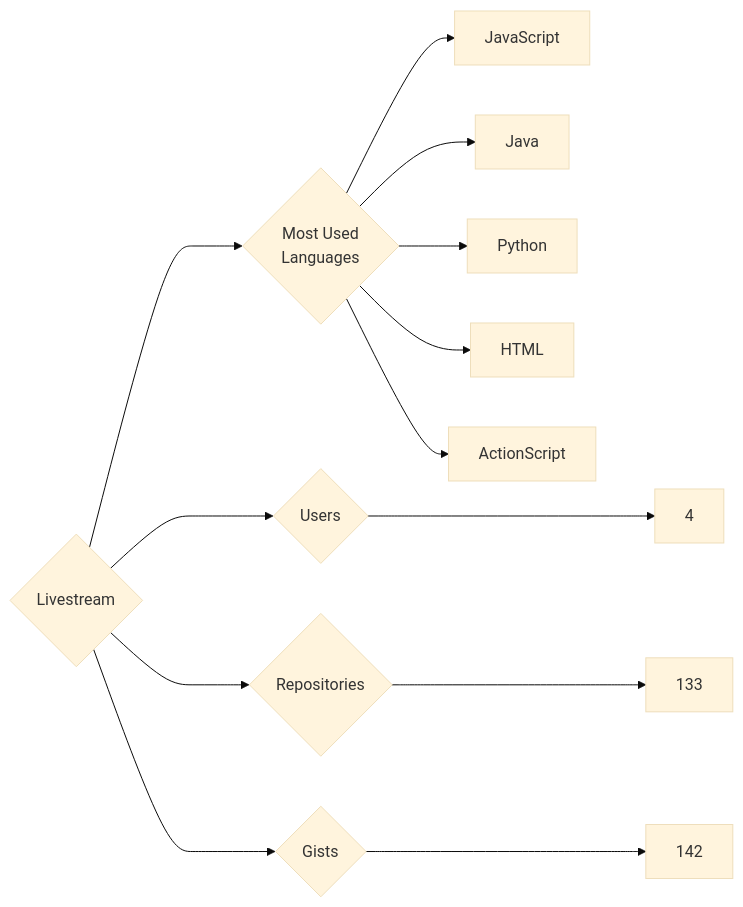
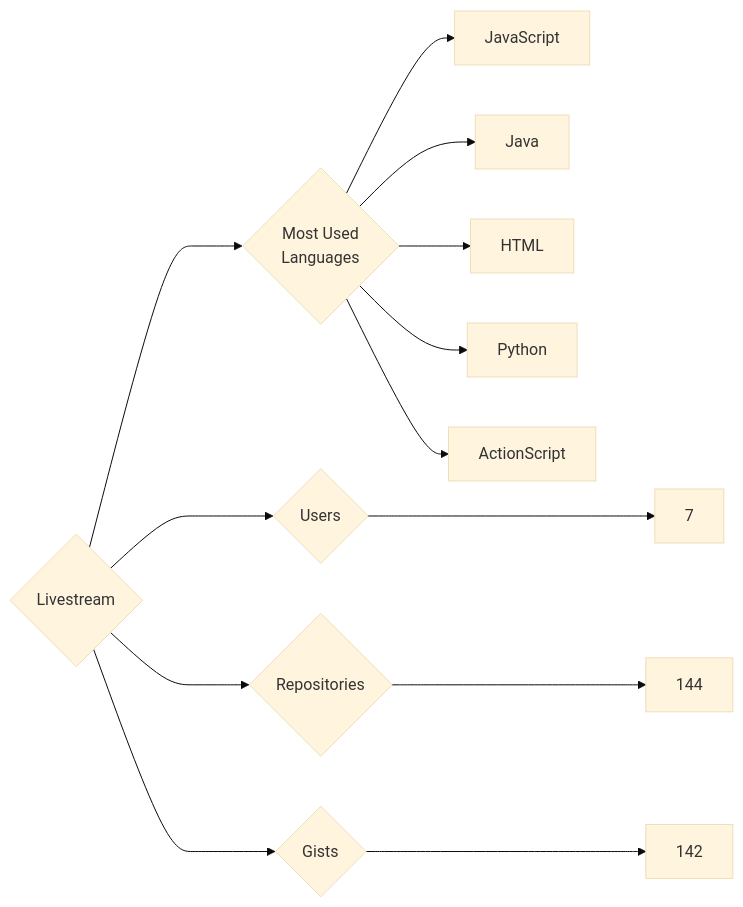
Before and after one commit to trickest/insiders: the diagram in targets/Livestream/README.md, drawn with Mermaid (base theme). The commit also changed 723 other files, not shown here.

````diff
--- a/targets/Livestream/README.md
+++ b/targets/Livestream/README.md
@@ -3,13 +3,13 @@
 ```mermaid
 graph LR
 COMPANY_NAME{Livestream}
-COMPANY_NAME ---> U{Users} ---> UN[4]
-COMPANY_NAME ---> R{Repositories} ---> RN[133]
+COMPANY_NAME ---> U{Users} ---> UN[7]
+COMPANY_NAME ---> R{Repositories} ---> RN[144]
 COMPANY_NAME ---> G{Gists} ---> GN[142]
 COMPANY_NAME ---> ML{Most Used<br>Languages}
 ML --> JavaScript[JavaScript]
 ML --> Java[Java]
+ML --> HTML[HTML]
 ML --> Python[Python]
-ML --> HTML[HTML]
 ML --> ActionScript[ActionScript]
 ```
````
